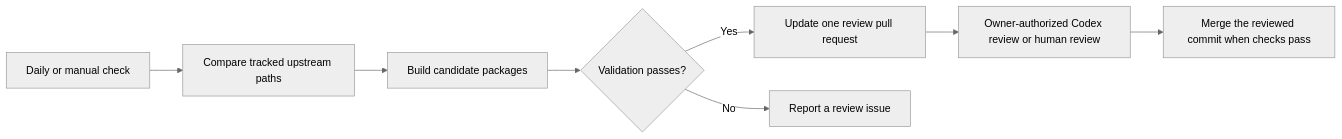
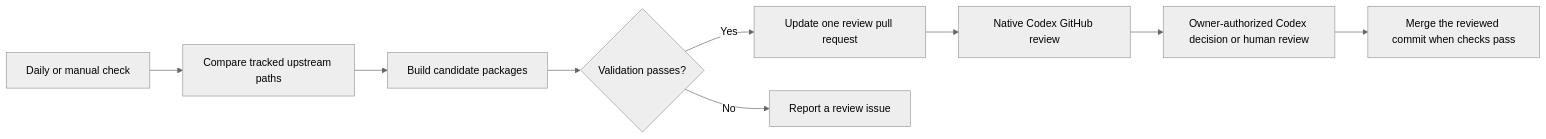
One commit to Lutra-Fs/nowledge-mem-personal changed the third of 3 diagrams in README.md. Above: the diagram before and after it, drawn with Mermaid (neutral theme). The commit also changed other lines of this file and 1 other file, not shown here.

Commit message:
Document native Codex review and guarded merge decisions

````diff
--- a/README.md
+++ b/README.md
@@ -122,10 +122,11 @@
 ```mermaid
 flowchart LR
   S[Daily or manual check] --> D[Compare tracked upstream paths]
   D --> B[Build candidate packages]
   B --> V{Validation passes?}
   V -->|Yes| P[Update one review pull request]
   V -->|No| I[Report a review issue]
-  P --> H[Owner-authorized Codex review or human review]
+  P --> R[Native Codex GitHub review]
+  R --> H[Owner-authorized Codex decision or human review]
   H --> M[Merge the reviewed commit when checks pass]
 ```
````
